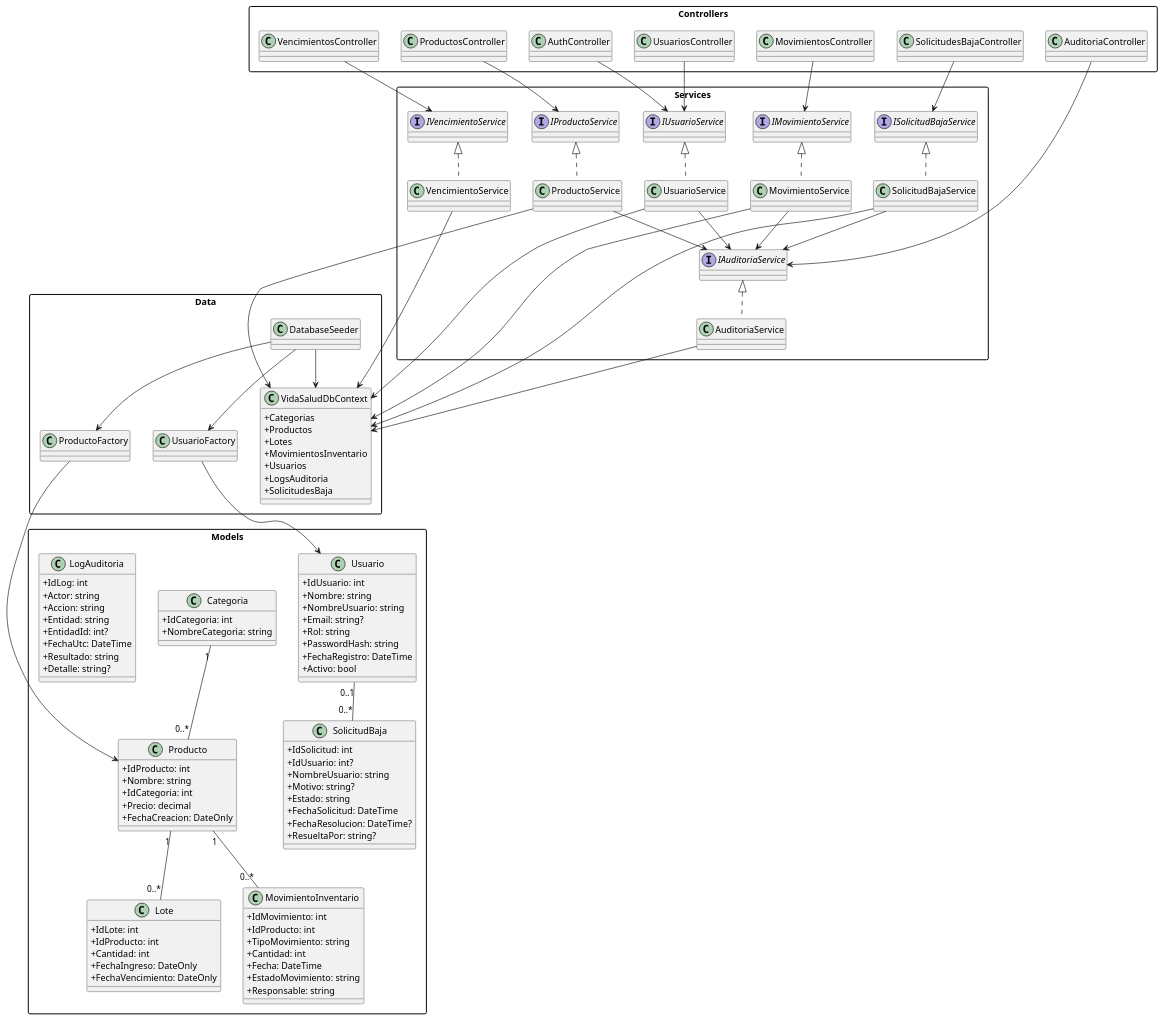
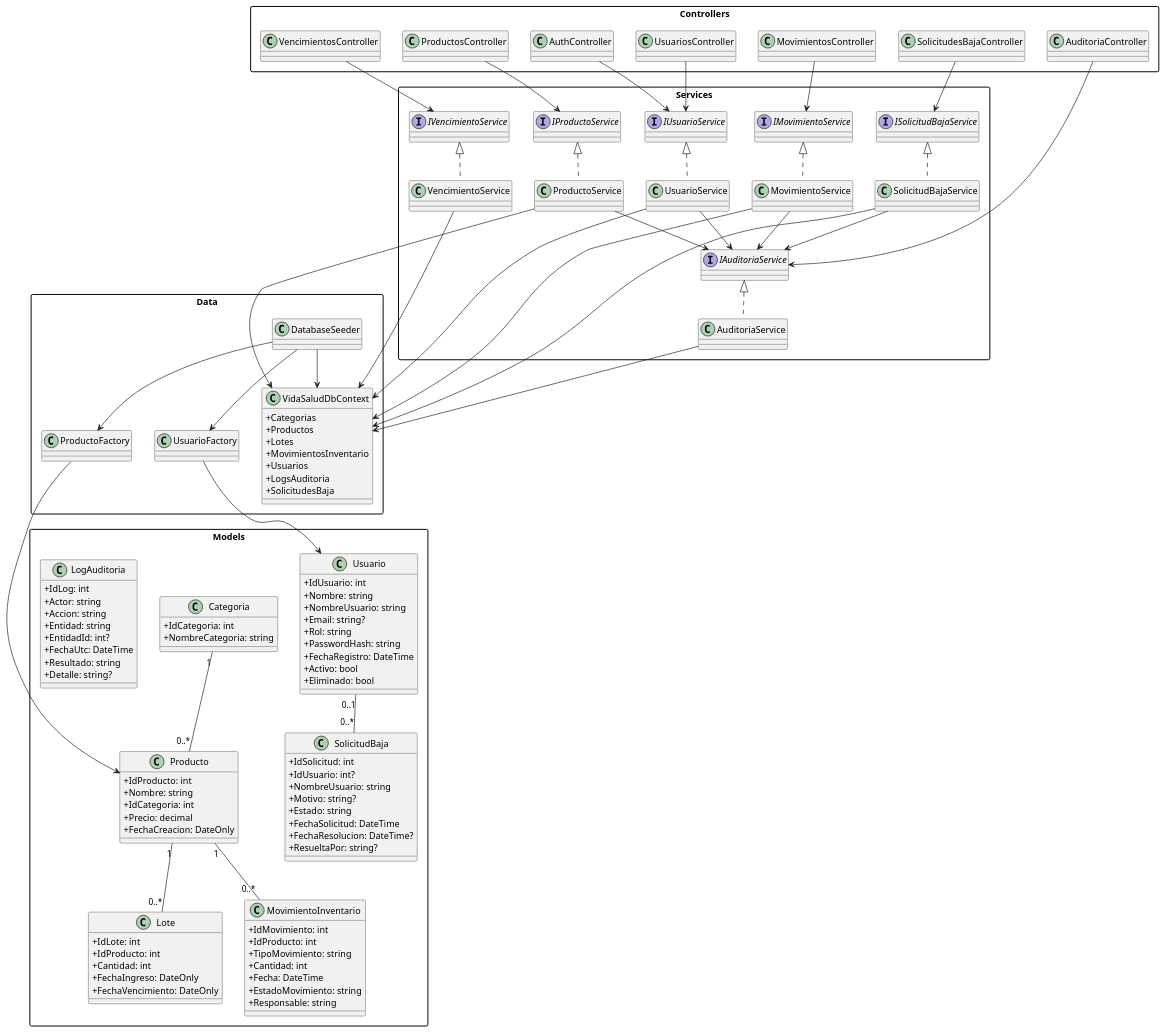
The diagram in docs/uml/final/DIAGRAMA_CLASES_FINAL.puml (Coxibius/Sistemas1-Equipo321-VidaSalud), drawn with PlantUML before and after one commit. The commit also changed 18 other files, not shown here.

```diff
--- a/docs/uml/final/DIAGRAMA_CLASES_FINAL.puml
+++ b/docs/uml/final/DIAGRAMA_CLASES_FINAL.puml
@@ -1,141 +1,142 @@
 @startuml VidaSalud_Clases_Final
 skinparam classAttributeIconSize 0
 skinparam packageStyle rectangle
 
 package "Controllers" {
   class ProductosController
   class MovimientosController
   class VencimientosController
   class AuthController
   class UsuariosController
   class AuditoriaController
   class SolicitudesBajaController
 }
 
 package "Services" {
   interface IProductoService
   interface IMovimientoService
   interface IVencimientoService
   interface IUsuarioService
   interface IAuditoriaService
   interface ISolicitudBajaService
   class ProductoService
   class MovimientoService
   class VencimientoService
   class UsuarioService
   class AuditoriaService
   class SolicitudBajaService
 }
 
 package "Data" {
   class VidaSaludDbContext {
     +Categorias
     +Productos
     +Lotes
     +MovimientosInventario
     +Usuarios
     +LogsAuditoria
     +SolicitudesBaja
   }
   class DatabaseSeeder
   class ProductoFactory
   class UsuarioFactory
 }
 
 package "Models" {
   class Categoria {
     +IdCategoria: int
     +NombreCategoria: string
   }
   class Producto {
     +IdProducto: int
     +Nombre: string
     +IdCategoria: int
     +Precio: decimal
     +FechaCreacion: DateOnly
   }
   class Lote {
     +IdLote: int
     +IdProducto: int
     +Cantidad: int
     +FechaIngreso: DateOnly
     +FechaVencimiento: DateOnly
   }
   class MovimientoInventario {
     +IdMovimiento: int
     +IdProducto: int
     +TipoMovimiento: string
     +Cantidad: int
     +Fecha: DateTime
     +EstadoMovimiento: string
     +Responsable: string
   }
   class Usuario {
     +IdUsuario: int
     +Nombre: string
     +NombreUsuario: string
     +Email: string?
     +Rol: string
     +PasswordHash: string
     +FechaRegistro: DateTime
     +Activo: bool
+    +Eliminado: bool
   }
   class LogAuditoria {
     +IdLog: int
     +Actor: string
     +Accion: string
     +Entidad: string
     +EntidadId: int?
     +FechaUtc: DateTime
     +Resultado: string
     +Detalle: string?
   }
   class SolicitudBaja {
     +IdSolicitud: int
     +IdUsuario: int?
     +NombreUsuario: string
     +Motivo: string?
     +Estado: string
     +FechaSolicitud: DateTime
     +FechaResolucion: DateTime?
     +ResueltaPor: string?
   }
 }
 
 ProductosController --> IProductoService
 MovimientosController --> IMovimientoService
 VencimientosController --> IVencimientoService
 AuthController --> IUsuarioService
 UsuariosController --> IUsuarioService
 AuditoriaController --> IAuditoriaService
 SolicitudesBajaController --> ISolicitudBajaService
 
 IProductoService <|.. ProductoService
 IMovimientoService <|.. MovimientoService
 IVencimientoService <|.. VencimientoService
 IUsuarioService <|.. UsuarioService
 IAuditoriaService <|.. AuditoriaService
 ISolicitudBajaService <|.. SolicitudBajaService
 
 ProductoService --> VidaSaludDbContext
 MovimientoService --> VidaSaludDbContext
 VencimientoService --> VidaSaludDbContext
 UsuarioService --> VidaSaludDbContext
 AuditoriaService --> VidaSaludDbContext
 SolicitudBajaService --> VidaSaludDbContext
 ProductoService --> IAuditoriaService
 MovimientoService --> IAuditoriaService
 UsuarioService --> IAuditoriaService
 SolicitudBajaService --> IAuditoriaService
 
 DatabaseSeeder --> VidaSaludDbContext
 DatabaseSeeder --> ProductoFactory
 DatabaseSeeder --> UsuarioFactory
 ProductoFactory --> Producto
 UsuarioFactory --> Usuario
 
 Categoria "1" -- "0..*" Producto
 Producto "1" -- "0..*" Lote
 Producto "1" -- "0..*" MovimientoInventario
 Usuario "0..1" -- "0..*" SolicitudBaja
 @enduml
```
